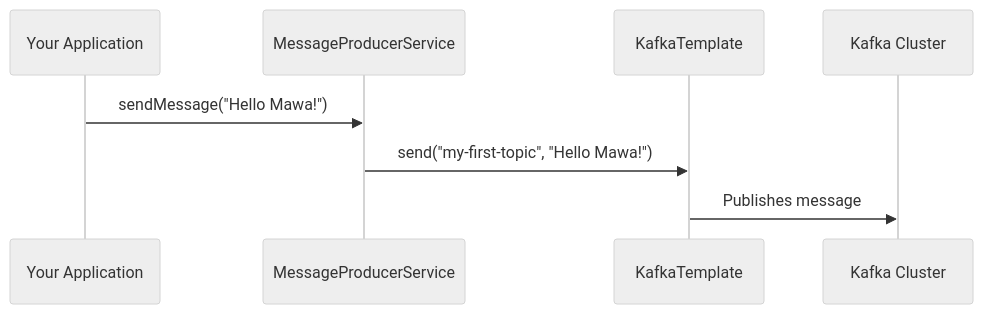
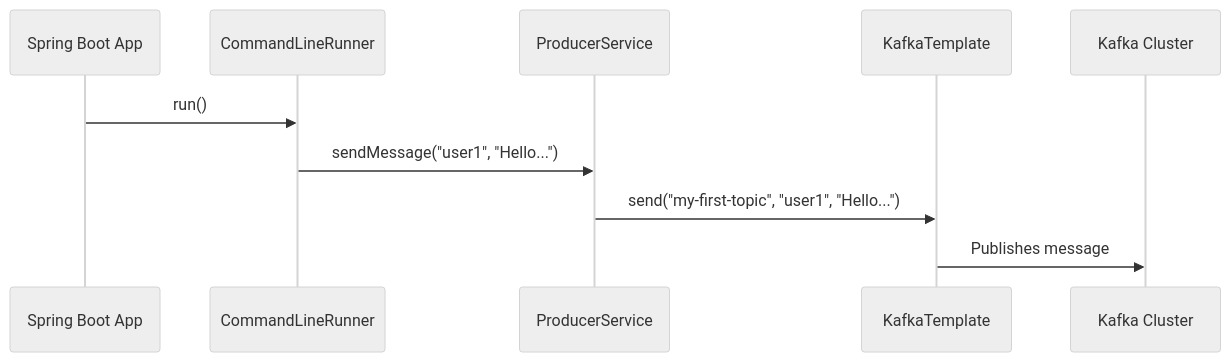
The diagram in 03-Producers/03a-Sending-Messages-with-KafkaTemplate.md (pdheeraj99/Java-Design-Patterns), drawn with Mermaid (neutral theme) before and after one commit. The commit also changed other lines of this file and 7 other files, not shown here.

First line of the commit message:
feat: Create final and comprehensive Spring Kafka tutorial

````diff
--- a/03-Producers/03a-Sending-Messages-with-KafkaTemplate.md
+++ b/03-Producers/03a-Sending-Messages-with-KafkaTemplate.md
@@ -53,11 +81,13 @@
 ```mermaid
 sequenceDiagram
-    participant YourApp as Your Application
-    participant ProducerService as MessageProducerService
-    participant KafkaTemplate as KafkaTemplate
+    participant App as Spring Boot App
+    participant Runner as CommandLineRunner
+    participant Producer as ProducerService
+    participant Template as KafkaTemplate
     participant Kafka as Kafka Cluster
 
-    YourApp->>ProducerService: sendMessage("Hello Mawa!")
-    ProducerService->>KafkaTemplate: send("my-first-topic", "Hello Mawa!")
-    KafkaTemplate->>Kafka: Publishes message
+    App->>Runner: run()
+    Runner->>Producer: sendMessage("user1", "Hello...")
+    Producer->>Template: send("my-first-topic", "user1", "Hello...")
+    Template->>Kafka: Publishes message
 ```
````
